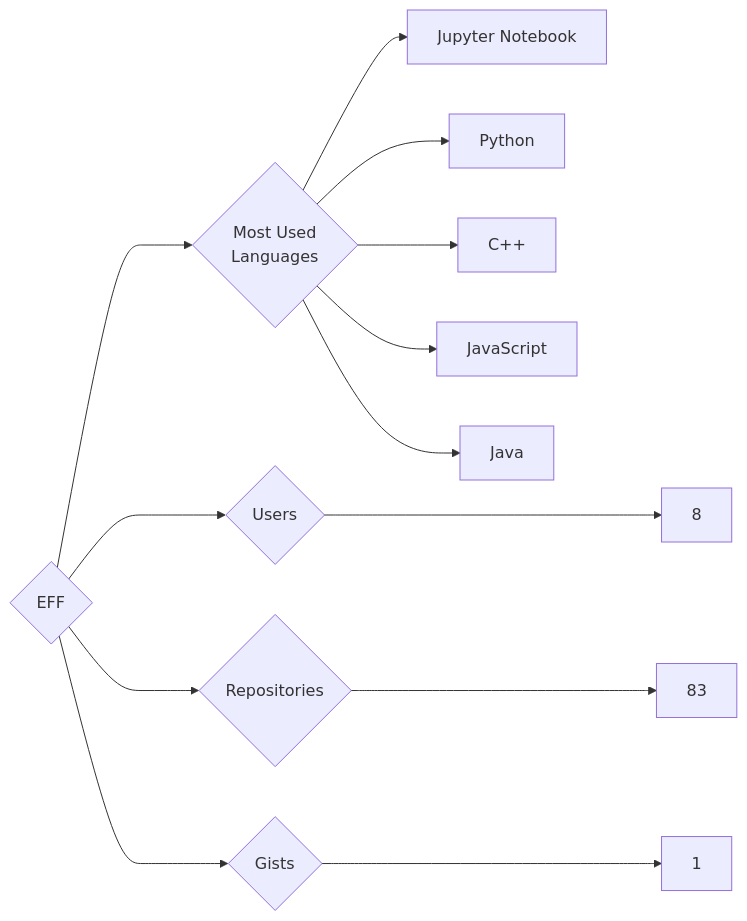
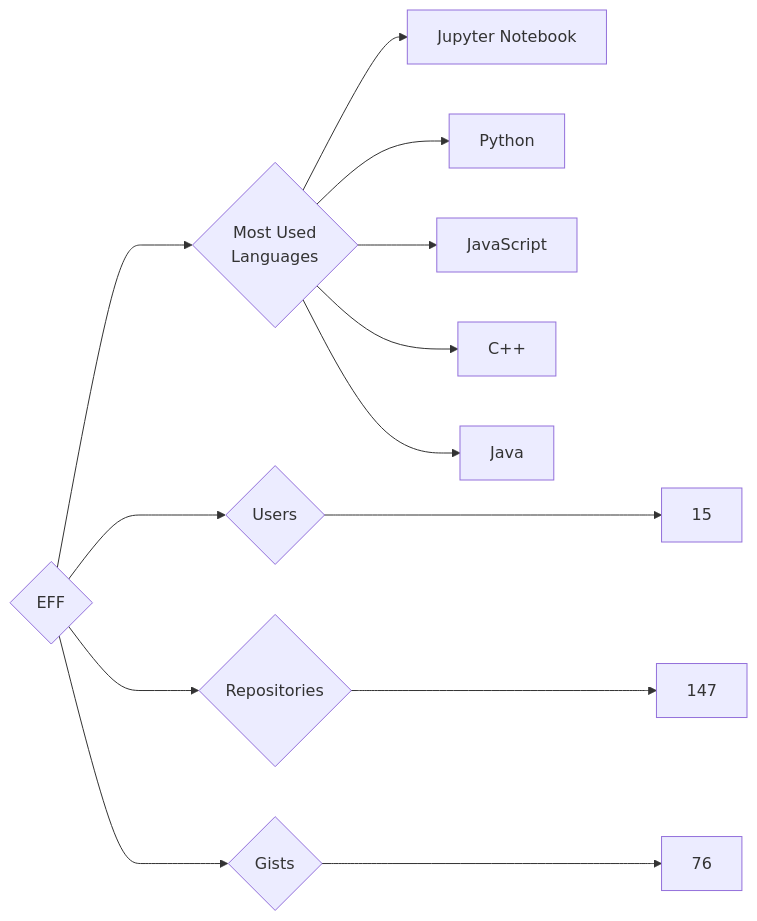
Before and after one commit to trickest/insiders: the diagram in targets/EFF/README.md, drawn with Mermaid. The commit also changed 888 other files, not shown here.

````diff
--- a/targets/EFF/README.md
+++ b/targets/EFF/README.md
@@ -3,13 +3,13 @@
 ```mermaid
 graph LR
 COMPANY_NAME{EFF}
-COMPANY_NAME ---> U{Users} ---> UN[8]
-COMPANY_NAME ---> R{Repositories} ---> RN[83]
-COMPANY_NAME ---> G{Gists} ---> GN[1]
+COMPANY_NAME ---> U{Users} ---> UN[15]
+COMPANY_NAME ---> R{Repositories} ---> RN[147]
+COMPANY_NAME ---> G{Gists} ---> GN[76]
 COMPANY_NAME ---> ML{Most Used<br>Languages}
 ML --> Jupyter_Notebook[Jupyter Notebook]
 ML --> Python[Python]
+ML --> JavaScript[JavaScript]
 ML --> C++[C++]
-ML --> JavaScript[JavaScript]
 ML --> Java[Java]
 ```
````
